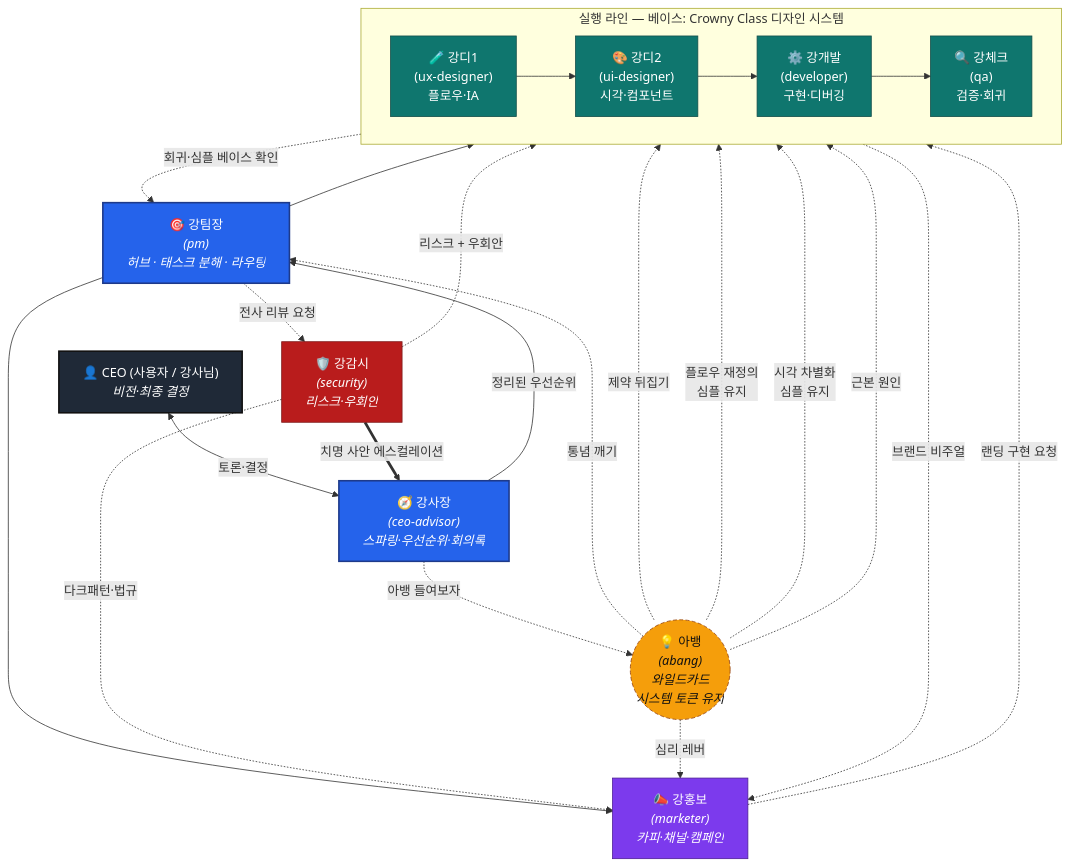
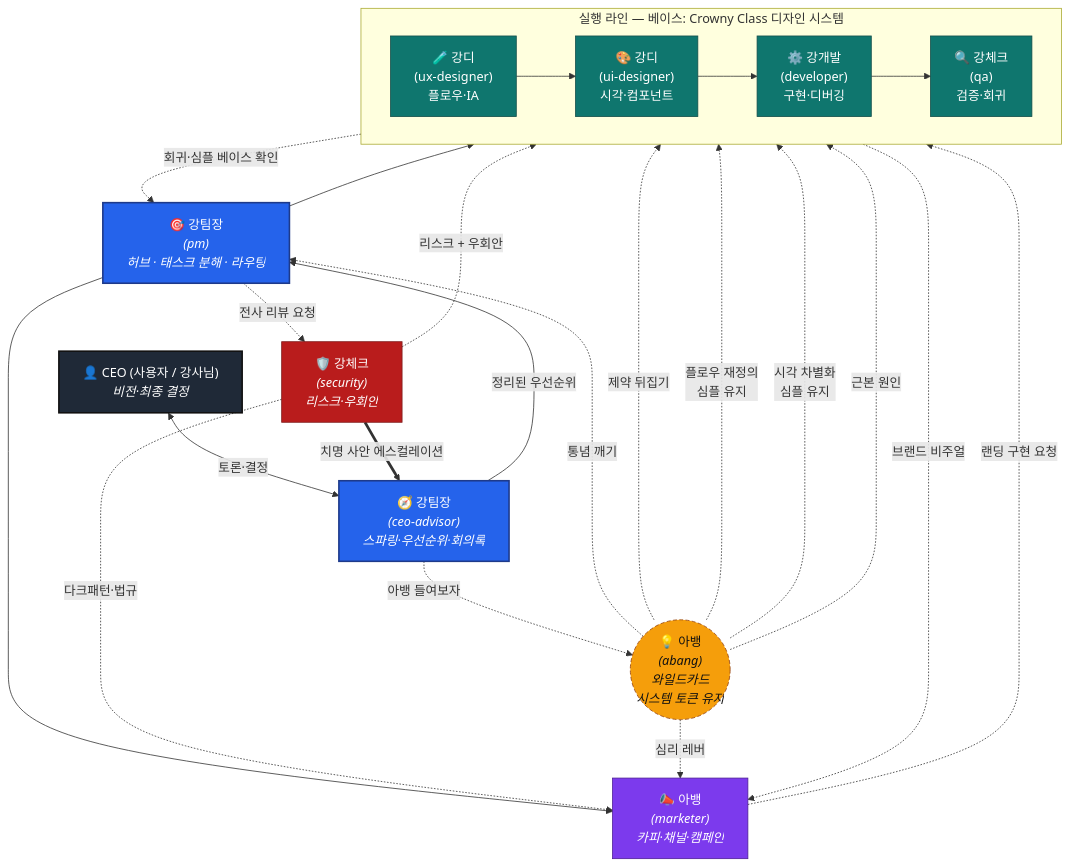
Before and after one commit to 1215kkm/Ai_Team: the first of 2 diagrams in docs/role-architecture.md, drawn with Mermaid. The commit also changed other lines of this file and 28 other files, not shown here.

First line of the commit message:
feat: consolidate 9 agents → 5 (강팀장·강디·강개발·강체크·아뱅)

````diff
--- a/docs/role-architecture.md
+++ b/docs/role-architecture.md
@@ -30,60 +32,60 @@
 ```mermaid
 flowchart TB
     CEO["👤 CEO (사용자 / 강사님)<br/><i>비전·최종 결정</i>"]
 
-    BOSS["🧭 강사장<br/><i>(ceo-advisor)<br/>스파링·우선순위·회의록</i>"]
+    BOSS["🧭 강팀장<br/><i>(ceo-advisor)<br/>스파링·우선순위·회의록</i>"]
 
     PM["🎯 강팀장<br/><i>(pm)<br/>허브 · 태스크 분해 · 라우팅</i>"]
 
     subgraph EXEC["실행 라인 — 베이스: Crowny Class 디자인 시스템"]
         direction LR
-        UX["🧪 강디1<br/>(ux-designer)<br/>플로우·IA"]
-        UI["🎨 강디2<br/>(ui-designer)<br/>시각·컴포넌트"]
+        UX["🧪 강디<br/>(ux-designer)<br/>플로우·IA"]
+        UI["🎨 강디<br/>(ui-designer)<br/>시각·컴포넌트"]
         DEV["⚙️ 강개발<br/>(developer)<br/>구현·디버깅"]
         QA["🔍 강체크<br/>(qa)<br/>검증·회귀"]
     end
 
-    MKT["📣 강홍보<br/><i>(marketer)<br/>카피·채널·캠페인</i>"]
-    SEC["🛡️ 강감시<br/><i>(security)<br/>리스크·우회안</i>"]
+    MKT["📣 아뱅<br/><i>(marketer)<br/>카피·채널·캠페인</i>"]
+    SEC["🛡️ 강체크<br/><i>(security)<br/>리스크·우회안</i>"]
     ABANG(("💡 아뱅<br/><i>(abang)<br/>와일드카드<br/>시스템 토큰 유지</i>"))
 
     CEO <-->|토론·결정| BOSS
     BOSS -->|정리된 우선순위| PM
 
     PM --> UX
     UX --> UI
     UI --> DEV
     DEV --> QA
     QA -.회귀·심플 베이스 확인.-> PM
 
     PM --> MKT
     UI -.브랜드 비주얼.-> MKT
     MKT -.랜딩 구현 요청.-> DEV
 
     PM -.전사 리뷰 요청.-> SEC
     SEC -.리스크 + 우회안.-> DEV
     SEC -.다크패턴·법규.-> MKT
     SEC ==치명 사안 에스컬레이션==> BOSS
 
     ABANG -.통념 깨기.-> PM
     ABANG -.심리 레버.-> MKT
     ABANG -.제약 뒤집기.-> DEV
     ABANG -.플로우 재정의<br/>심플 유지.-> UX
     ABANG -.시각 차별화<br/>심플 유지.-> UI
     ABANG -.근본 원인.-> QA
     BOSS -.아뱅 들여보자.-> ABANG
 
     classDef ceo fill:#1f2937,stroke:#111,color:#fff,stroke-width:2px
     classDef hub fill:#2563eb,stroke:#1e3a8a,color:#fff,stroke-width:2px
     classDef exec fill:#0f766e,stroke:#134e4a,color:#fff
     classDef support fill:#7c3aed,stroke:#4c1d95,color:#fff
     classDef guard fill:#b91c1c,stroke:#7f1d1d,color:#fff
     classDef wild fill:#f59e0b,stroke:#92400e,color:#111,stroke-dasharray: 5 3
 
     class CEO ceo
     class BOSS,PM hub
     class UX,UI,DEV,QA exec
     class MKT support
     class SEC guard
     class ABANG wild
 ```
````
